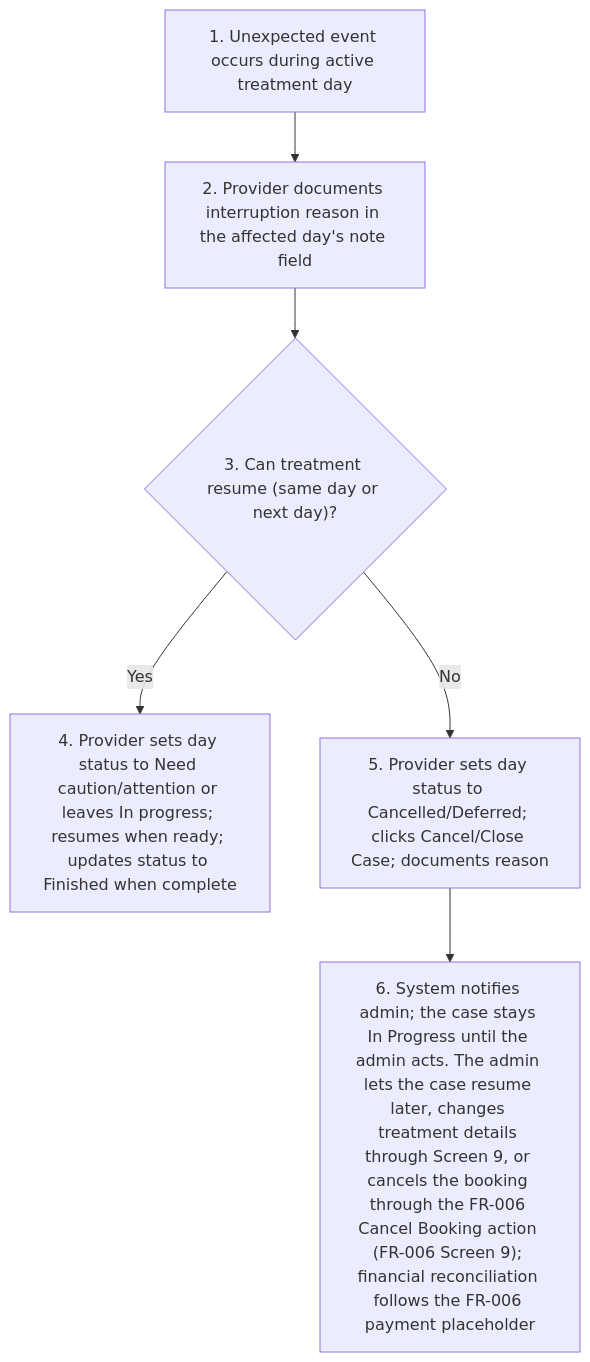
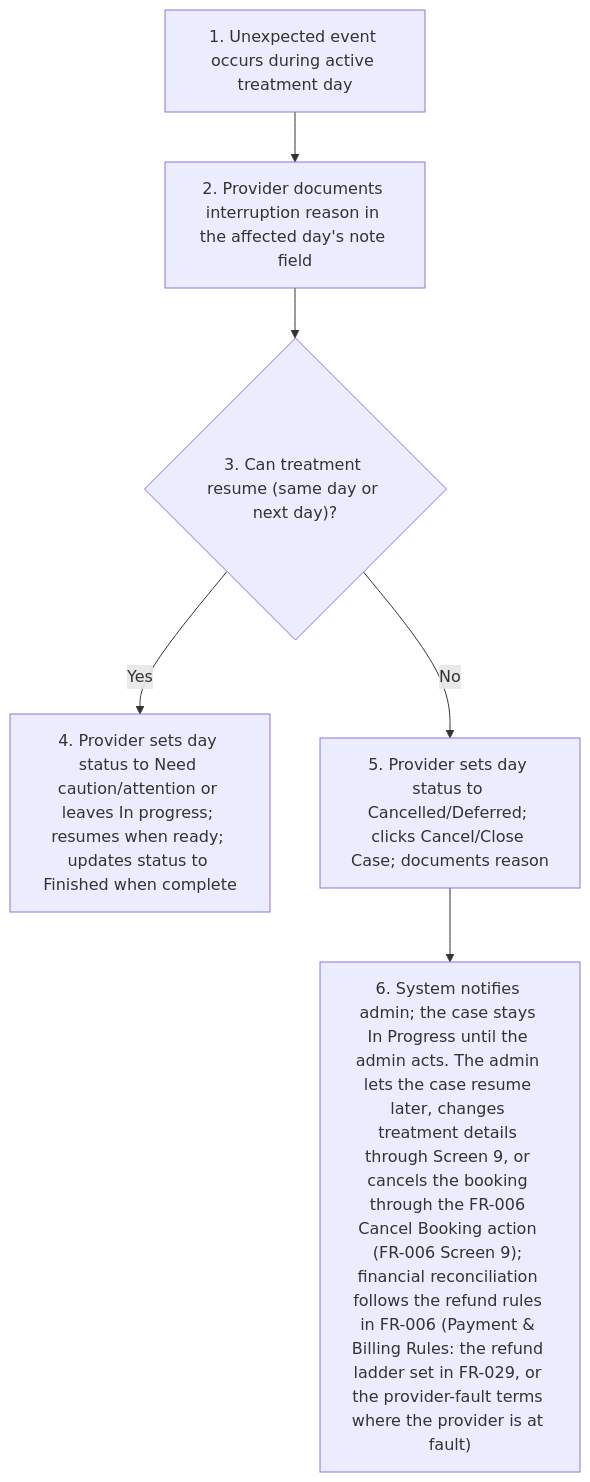
One commit to joachimtrungtuan/hairline-pm-docs changed the sixth of 9 diagrams in project-requirements/functional-requirements/fr010-treatment-execution/prd.md. Above: the diagram before and after it, drawn with Mermaid. The commit also changed other lines of this file and 10 other files, not shown here.

Commit message:
docs(requirements): replace stale payment placeholder pointers with the stated refund rules

````diff
--- a/project-requirements/functional-requirements/fr010-treatment-execution/prd.md
+++ b/project-requirements/functional-requirements/fr010-treatment-execution/prd.md
@@ -198,9 +198,9 @@
 ```mermaid
 flowchart TD
   B3S1["1. Unexpected event occurs during active treatment day"] --> B3S2
   B3S2["2. Provider documents interruption reason in the affected day's note field"] --> B3S3
   B3S3{"3. Can treatment resume (same day or next day)?"}
   B3S3 -- Yes --> B3S4["4. Provider sets day status to Need caution/attention or leaves In progress; resumes when ready; updates status to Finished when complete"]
   B3S3 -- No --> B3S5["5. Provider sets day status to Cancelled/Deferred; clicks Cancel/Close Case; documents reason"]
-  B3S5 --> B3S6["6. System notifies admin; the case stays In Progress until the admin acts. The admin lets the case resume later, changes treatment details through Screen 9, or cancels the booking through the FR-006 Cancel Booking action (FR-006 Screen 9); financial reconciliation follows the FR-006 payment placeholder"]
+  B3S5 --> B3S6["6. System notifies admin; the case stays In Progress until the admin acts. The admin lets the case resume later, changes treatment details through Screen 9, or cancels the booking through the FR-006 Cancel Booking action (FR-006 Screen 9); financial reconciliation follows the refund rules in FR-006 (Payment & Billing Rules: the refund ladder set in FR-029, or the provider-fault terms where the provider is at fault)"]
 ```
````
